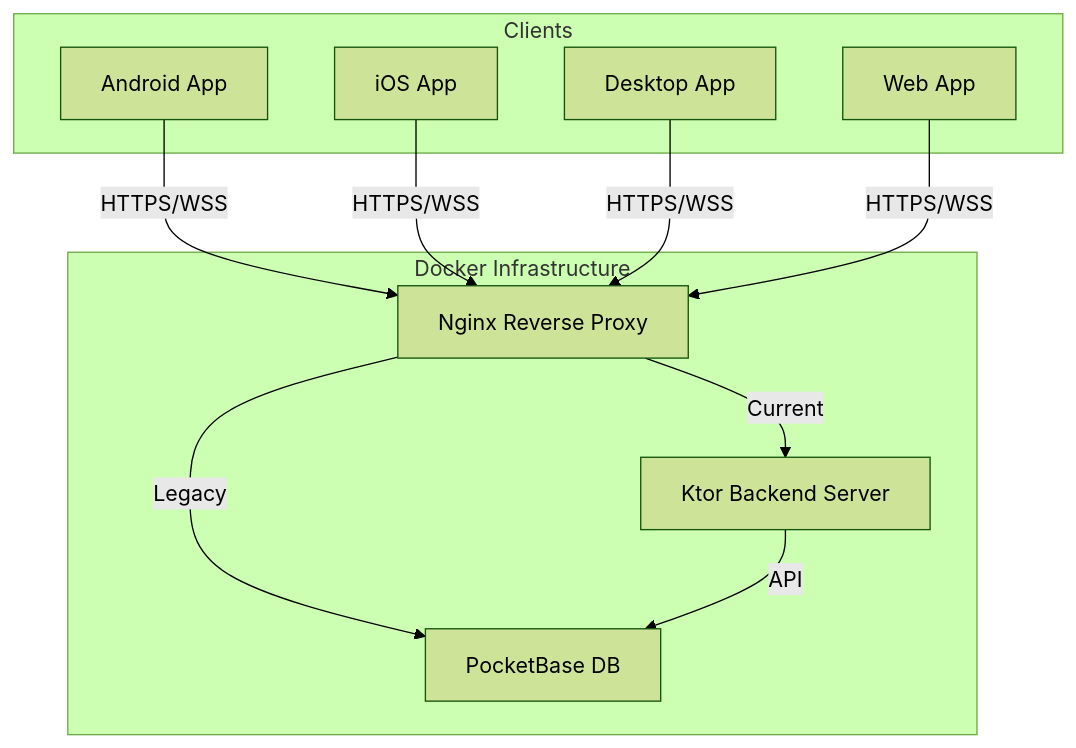
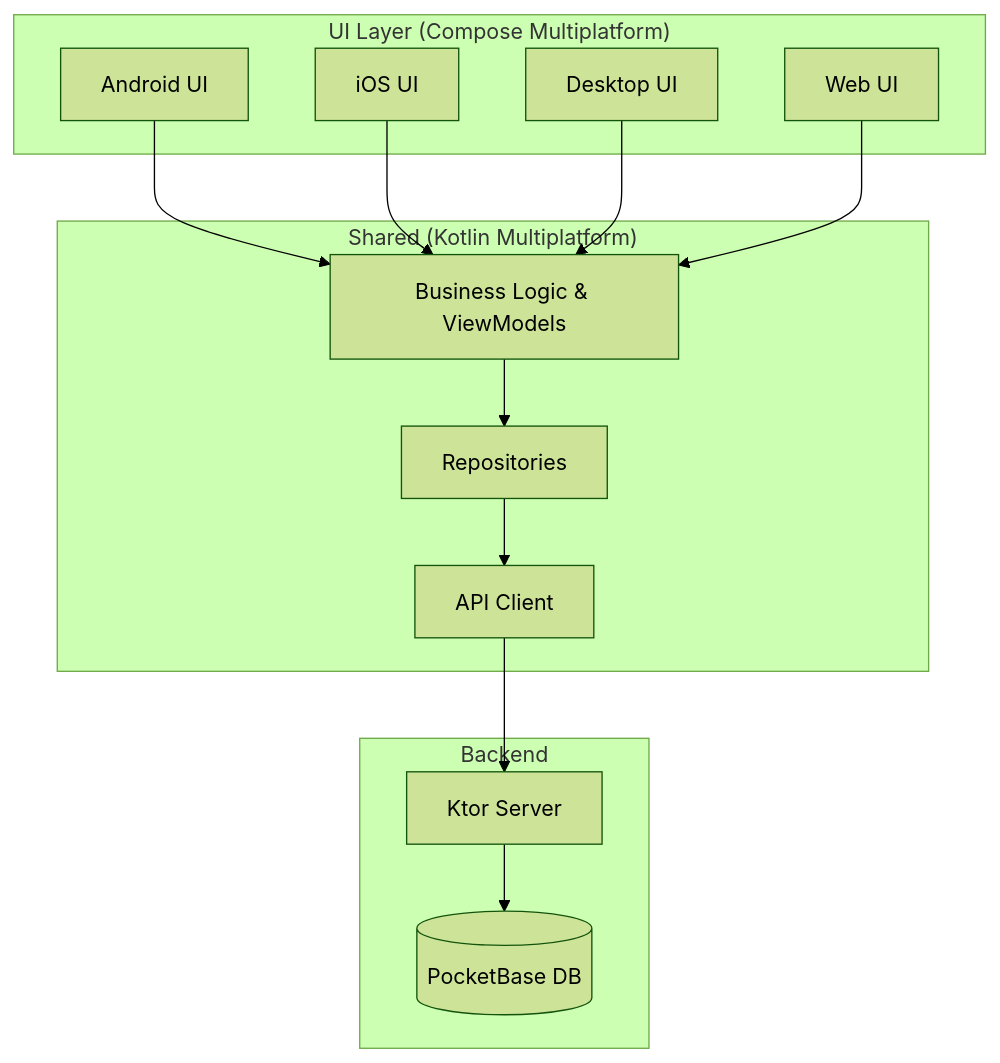
Before and after one commit to brentmzey/lovebside: the diagram in README.md, drawn with Mermaid (forest theme). The commit also changed other lines of this file and 24 other files, not shown here.

````diff
--- a/README.md
+++ b/README.md
@@ -43,24 +126,26 @@
 ```mermaid
 graph TD
-    subgraph "Docker Infrastructure"
-        nginx[Nginx Reverse Proxy]
-        ktor[Ktor Backend Server]
-        pb[PocketBase DB]
-        
-        nginx -->|Current| ktor
-        nginx -->|Legacy| pb
-        ktor -->|API| pb
+    subgraph "Shared (Kotlin Multiplatform)"
+        Logic[Business Logic & ViewModels]
+        Repo[Repositories]
+        Net[API Client]
     end
 
-    subgraph "Clients"
-        android[Android App]
-        ios[iOS App]
-        desktop[Desktop App]
-        web[Web App]
+    subgraph "UI Layer (Compose Multiplatform)"
+        Android[Android UI]
+        iOS[iOS UI]
+        Desktop[Desktop UI]
+        Web[Web UI]
     end
 
-    android -->|HTTPS/WSS| nginx
-    ios -->|HTTPS/WSS| nginx
-    desktop -->|HTTPS/WSS| nginx
-    web -->|HTTPS/WSS| nginx
+    subgraph "Backend"
+        Ktor[Ktor Server]
+        PB[(PocketBase DB)]
+    end
+
+    Android & iOS & Desktop & Web --> Logic
+    Logic --> Repo
+    Repo --> Net
+    Net --> Ktor
+    Ktor --> PB
 ```
````
